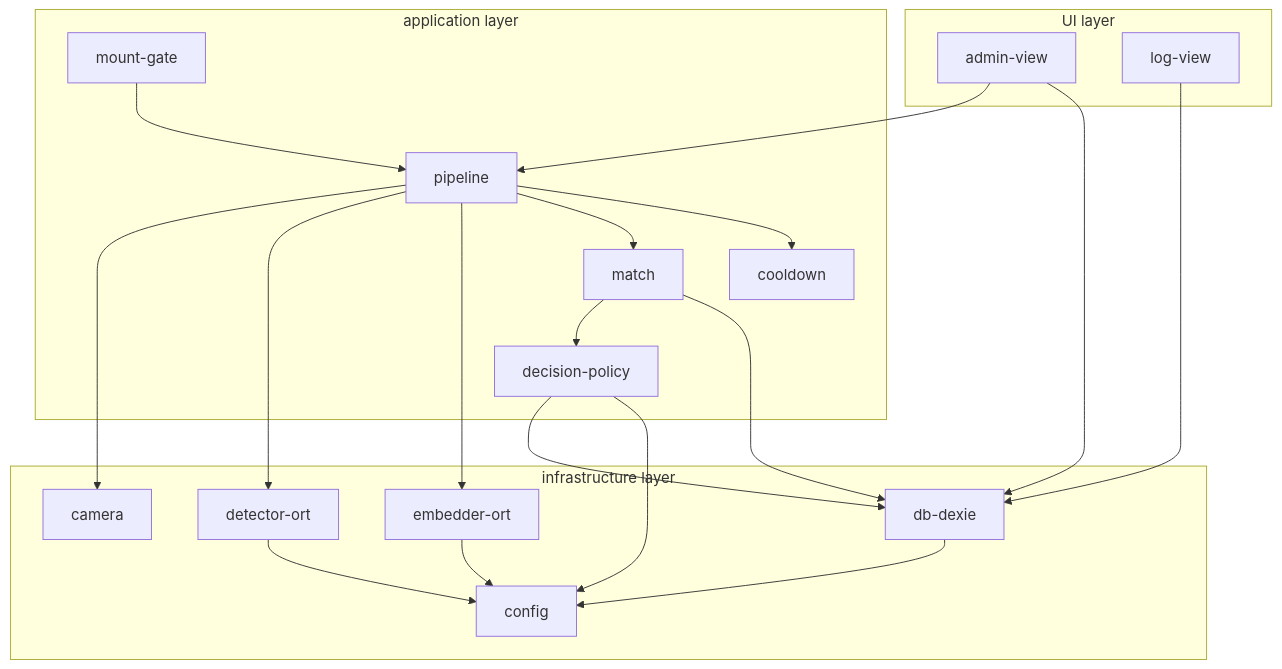
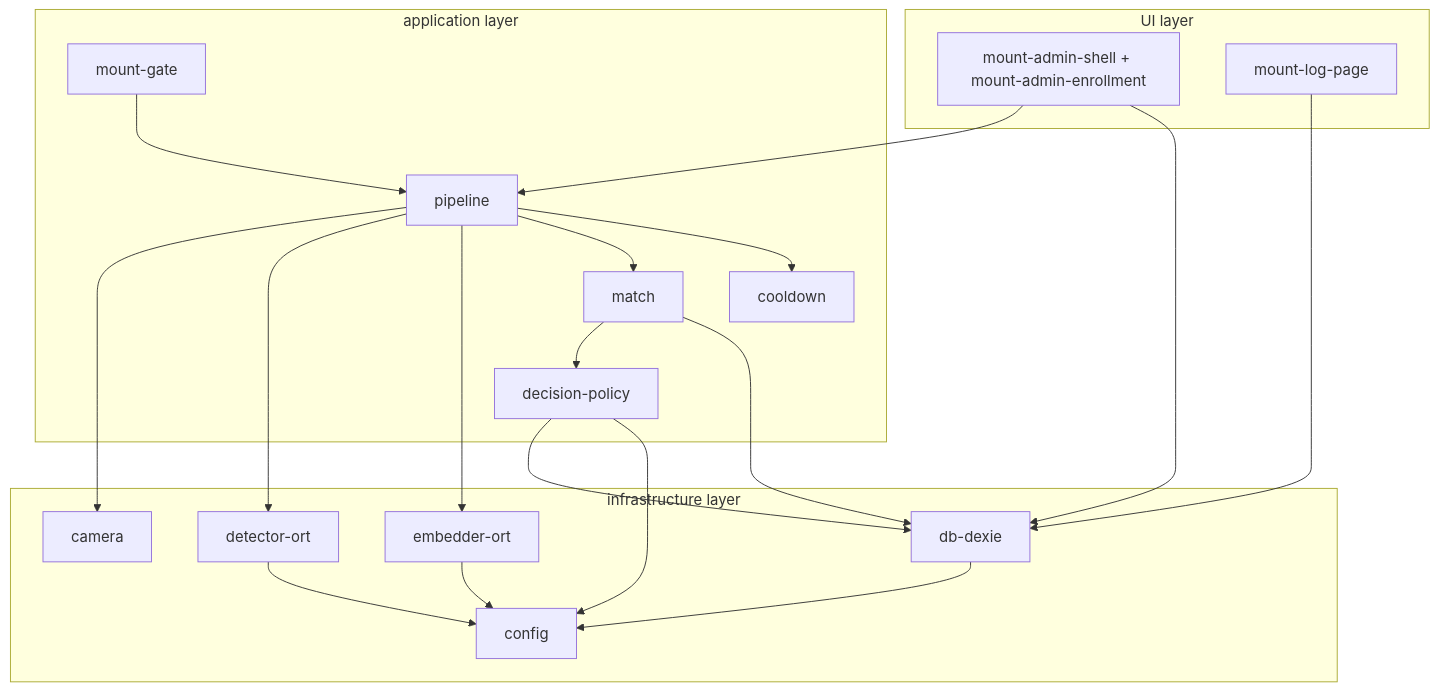
The second of 4 diagrams in docs/PRD.md (MichaelHabermas/let-me-in), drawn with Mermaid before and after one commit. The commit also changed other lines of this file, not shown here.

````diff
--- a/docs/PRD.md
+++ b/docs/PRD.md
@@ -126,37 +126,37 @@
 ```mermaid
 flowchart TB
     subgraph UI[UI layer]
-        ADMIN[admin-view]
-        LOG[log-view]
+        ADMIN["mount-admin-shell + mount-admin-enrollment"]
+        LOG["mount-log-page"]
     end
     subgraph APP[application layer]
         GATE[mount-gate]
         PIPE[pipeline]
         MATCH[match]
         POLICY[decision-policy]
         COOLDOWN[cooldown]
     end
     subgraph INFRA[infrastructure layer]
         CAM[camera]
         DET[detector-ort]
         EMB[embedder-ort]
         DB[db-dexie]
         CFG[config]
     end
     GATE --> PIPE
     ADMIN --> PIPE
     ADMIN --> DB
     LOG --> DB
     PIPE --> CAM
     PIPE --> DET
     PIPE --> EMB
     PIPE --> MATCH
     MATCH --> POLICY
     PIPE --> COOLDOWN
     MATCH --> DB
     POLICY --> DB
     DET --> CFG
     EMB --> CFG
     POLICY --> CFG
     DB --> CFG
 ```
````
